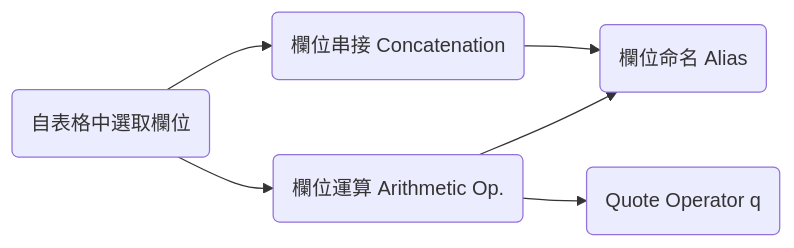
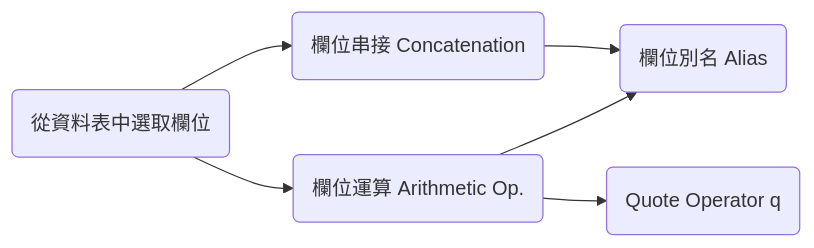
The diagram in course_practices/ws1-u02_ch.md (hychen39/oce_sql), drawn with Mermaid before and after one commit. The commit also changed other lines of this file and 18 other files, not shown here.

````diff
--- a/course_practices/ws1-u02_ch.md
+++ b/course_practices/ws1-u02_ch.md
@@ -16,8 +16,8 @@
 ```mermaid
 graph LR;
-SelectCol("自表格中選取欄位")-->ColArithExp("欄位運算 Arithmetic Op.")
-ColArithExp-->ColAlias("欄位命名 Alias ")
+SelectCol("從資料表中選取欄位")-->ColArithExp("欄位運算 Arithmetic Op.")
+ColArithExp-->ColAlias("欄位別名 Alias ")
 SelectCol-->ColConcate("欄位串接 Concatenation")
 ColConcate-->ColAlias
 ColArithExp-->QOperator("Quote Operator q")
 ```
````
